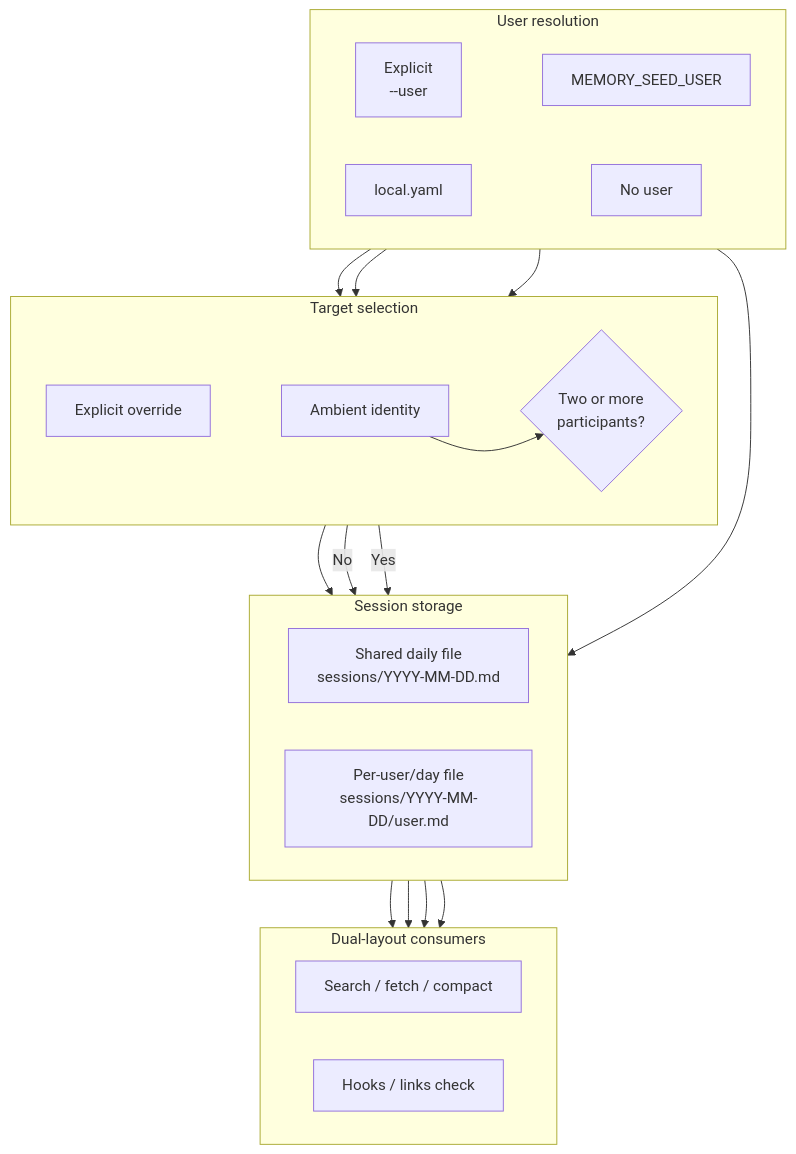
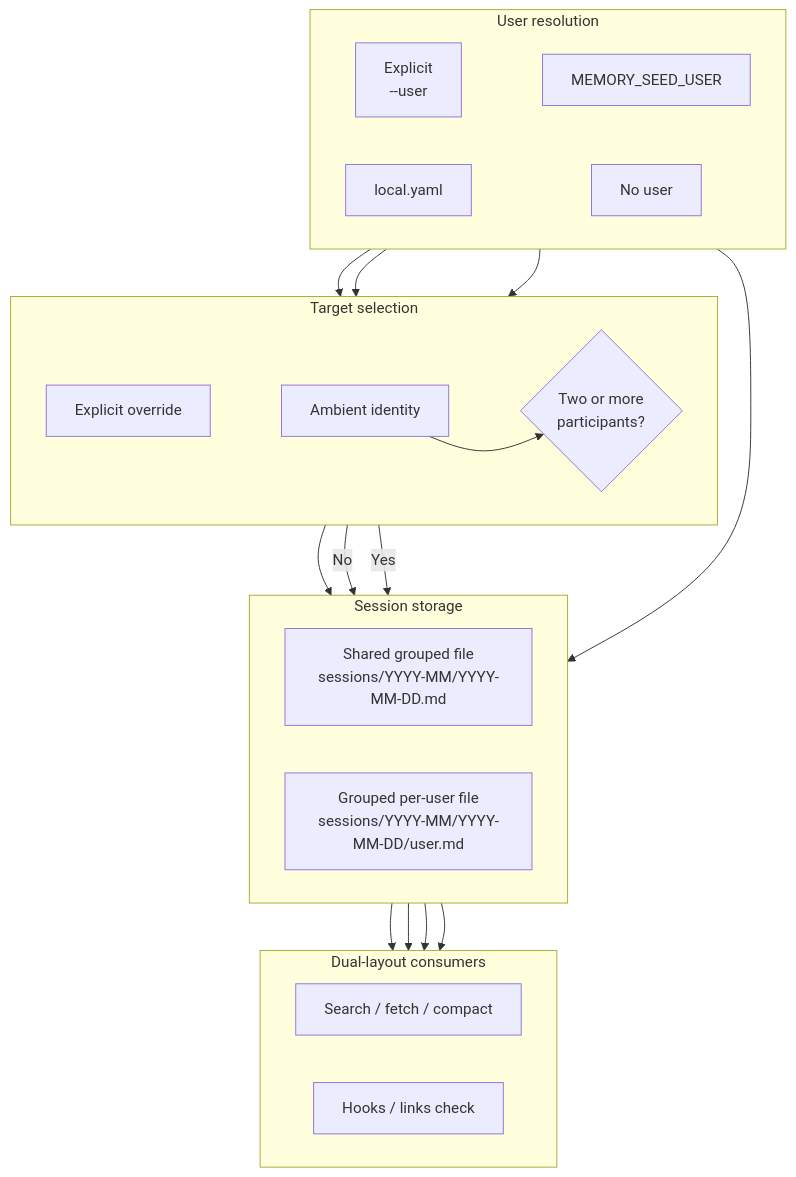
Before and after one commit to jnl-tshi/memory-seed: diagram 11 of 23 in docs/3_Spec/functionality-audit.md, drawn with Mermaid. The commit also changed other lines of this file and 32 other files, not shown here.

````diff
--- a/docs/3_Spec/functionality-audit.md
+++ b/docs/3_Spec/functionality-audit.md
@@ -524,45 +525,45 @@
 ```mermaid
 graph TD
   subgraph IdentityTier["User resolution"]
     direction LR
     CLI["Explicit<br>--user"] ~~~ ENV["MEMORY_SEED_USER"]
     LOCAL["local.yaml"] ~~~ NONE["No user"]
   end
 
   subgraph RoutingTier["Target selection"]
     direction LR
     EXPLICIT["Explicit override"]
     AMBIENT["Ambient identity"]
     GATE{"Two or more<br>participants?"}
     EXPLICIT ~~~ AMBIENT ~~~ GATE
   end
 
   subgraph StorageTier["Session storage"]
     direction LR
-    FLAT["Shared daily file<br>sessions/YYYY-MM-DD.md"]
-    SPLIT["Per-user/day file<br>sessions/YYYY-MM-DD/user.md"]
+    FLAT["Shared grouped file<br>sessions/YYYY-MM/YYYY-MM-DD.md"]
+    SPLIT["Grouped per-user file<br>sessions/YYYY-MM/YYYY-MM-DD/user.md"]
   end
 
   subgraph ReaderTier["Dual-layout consumers"]
     direction LR
     RETRIEVAL["Search / fetch / compact"]
     OPERATIONS["Hooks / links check"]
   end
 
   IdentityTier ~~~ RoutingTier
   RoutingTier ~~~ StorageTier
   StorageTier ~~~ ReaderTier
 
   CLI --> EXPLICIT
   EXPLICIT --> SPLIT
   ENV --> AMBIENT
   LOCAL --> AMBIENT
   AMBIENT --> GATE
   NONE --> FLAT
   GATE -- No --> FLAT
   GATE -- Yes --> SPLIT
   FLAT --> RETRIEVAL
   FLAT --> OPERATIONS
   SPLIT --> RETRIEVAL
   SPLIT --> OPERATIONS
 ```
````
